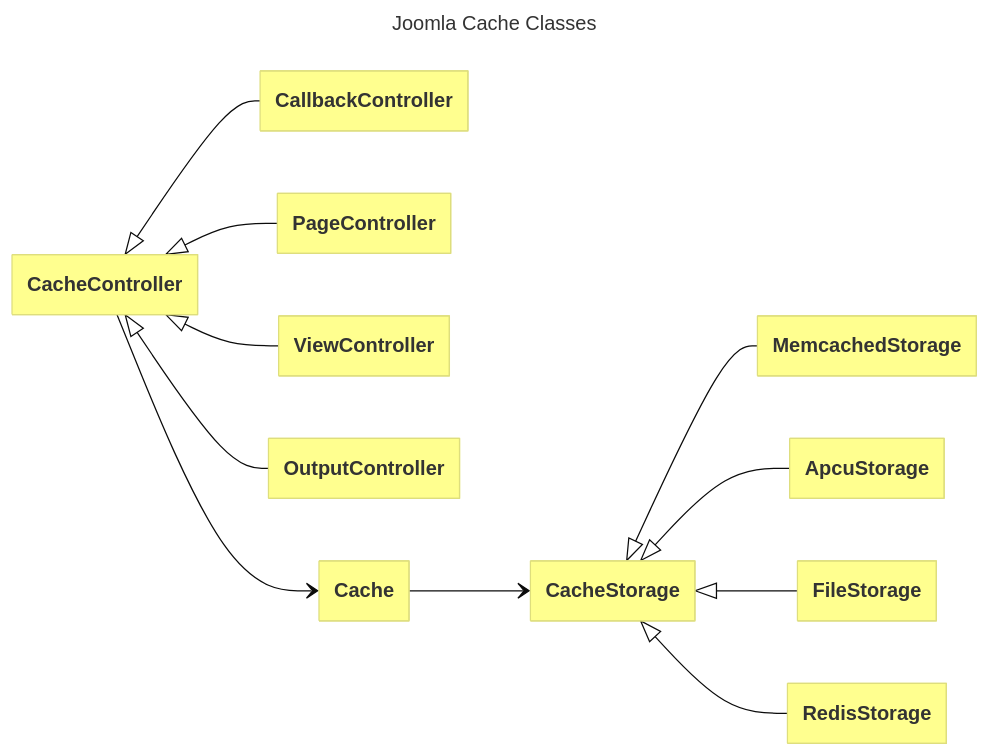
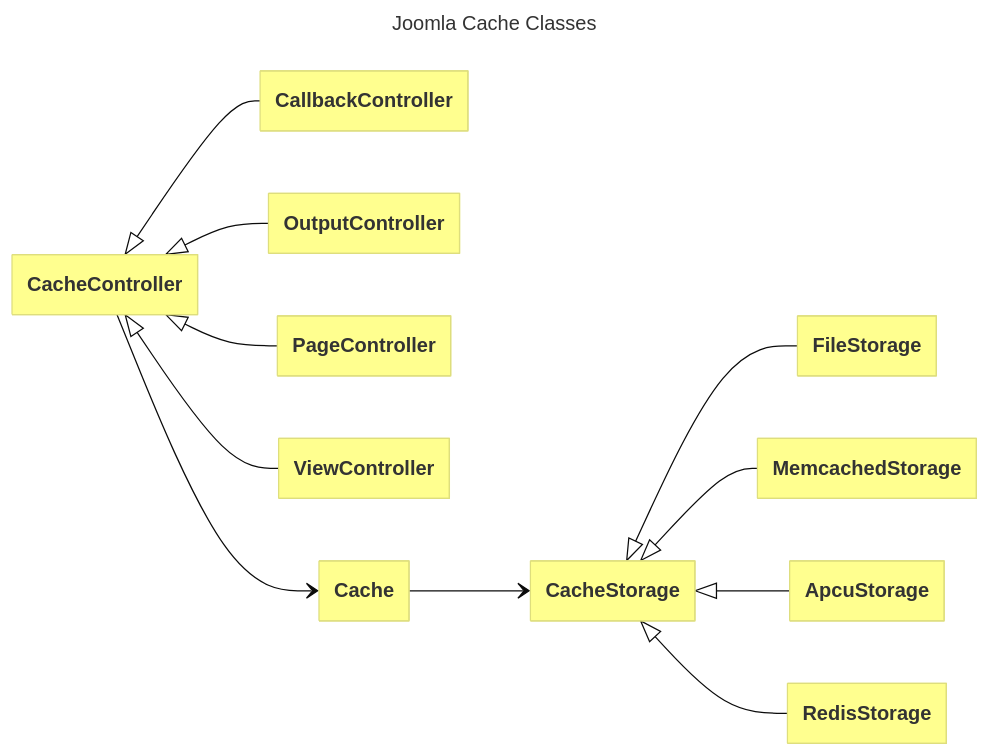
Before and after one commit to joomla/Manual: the third of 3 diagrams in docs/general-concepts/cache/callback-cache.md, drawn with Mermaid. The commit also changed other lines of this file and 1 other file, not shown here.

Commit message:
callback cache done, plus links

````diff
--- a/docs/general-concepts/cache/callback-cache.md
+++ b/docs/general-concepts/cache/callback-cache.md
@@ -7,24 +84,24 @@
 ```mermaid
 ---
 title: Joomla Cache Classes
 config:
     class:
         hideEmptyMembersBox: true
     theme: base
     themeVariables:
         primaryColor: "#FFFF8F"
 ---
 classDiagram
     direction LR
     
     CacheController <|-- CallbackController
+    CacheController <|-- OutputController
     CacheController <|-- PageController
     CacheController <|-- ViewController
-    CacheController <|-- OutputController
     CacheController --> Cache
     Cache --> CacheStorage
+    CacheStorage <|-- FileStorage
     CacheStorage <|-- MemcachedStorage
     CacheStorage <|-- ApcuStorage
-    CacheStorage <|-- FileStorage
     CacheStorage <|-- RedisStorage
 ```
````
